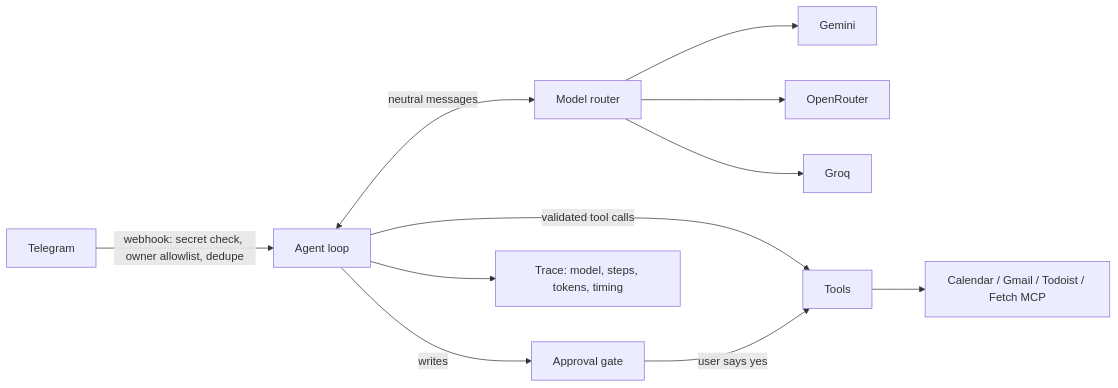
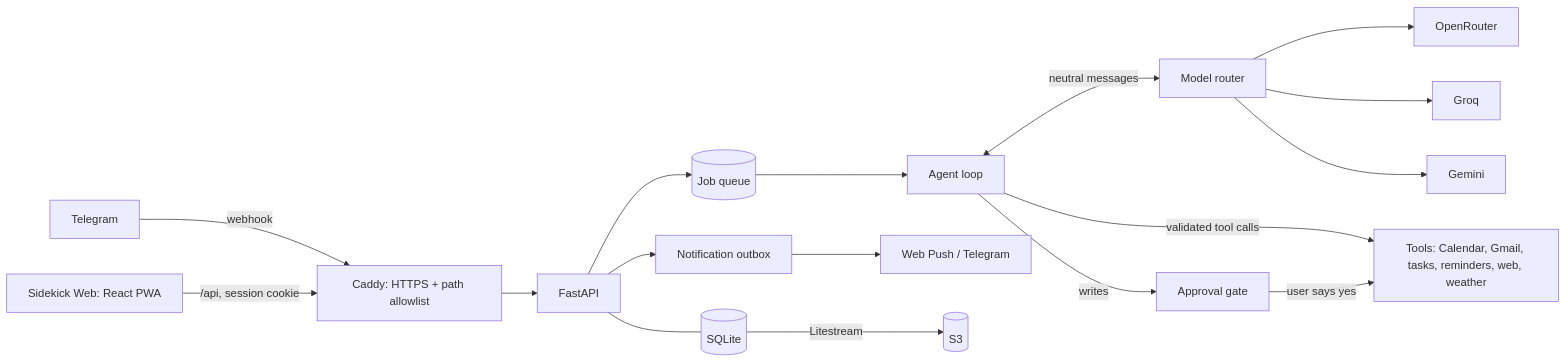
The diagram in README.md (np2400/sidekick), drawn with Mermaid before and after one commit. The commit also changed other lines of this file, not shown here.

First line of the commit message:
README: Sidekick as it runs today, for readers new to it

````diff
--- a/README.md
+++ b/README.md
@@ -28,13 +50,13 @@
 ```mermaid
 flowchart LR
-    U[Telegram] -->|webhook: secret check, owner allowlist, dedupe| A[Agent loop]
+    TG[Telegram] -->|webhook| C[Caddy: HTTPS + path allowlist]
+    W[Sidekick Web: React PWA] -->|/api, session cookie| C
+    C --> S[FastAPI]
+    S --> J[(Job queue)] --> A[Agent loop]
     A <-->|neutral messages| R[Model router]
-    R --> G[Gemini]
-    R --> O[OpenRouter]
-    R --> Q[Groq]
-    A -->|validated tool calls| T[Tools]
-    T --> C[Calendar / Gmail / Todoist / Fetch MCP]
-    A -->|writes| P[Approval gate]
-    P -->|user says yes| T
-    A --> L[Trace: model, steps, tokens, timing]
+    R --> O[OpenRouter] & Q[Groq] & G[Gemini]
+    A -->|validated tool calls| T[Tools: Calendar, Gmail, tasks, reminders, web, weather]
+    A -->|writes| P[Approval gate] -->|user says yes| T
+    S --> N[Notification outbox] --> WP[Web Push / Telegram]
+    S --- D[(SQLite)] -->|Litestream| B[(S3)]
 ```
````
